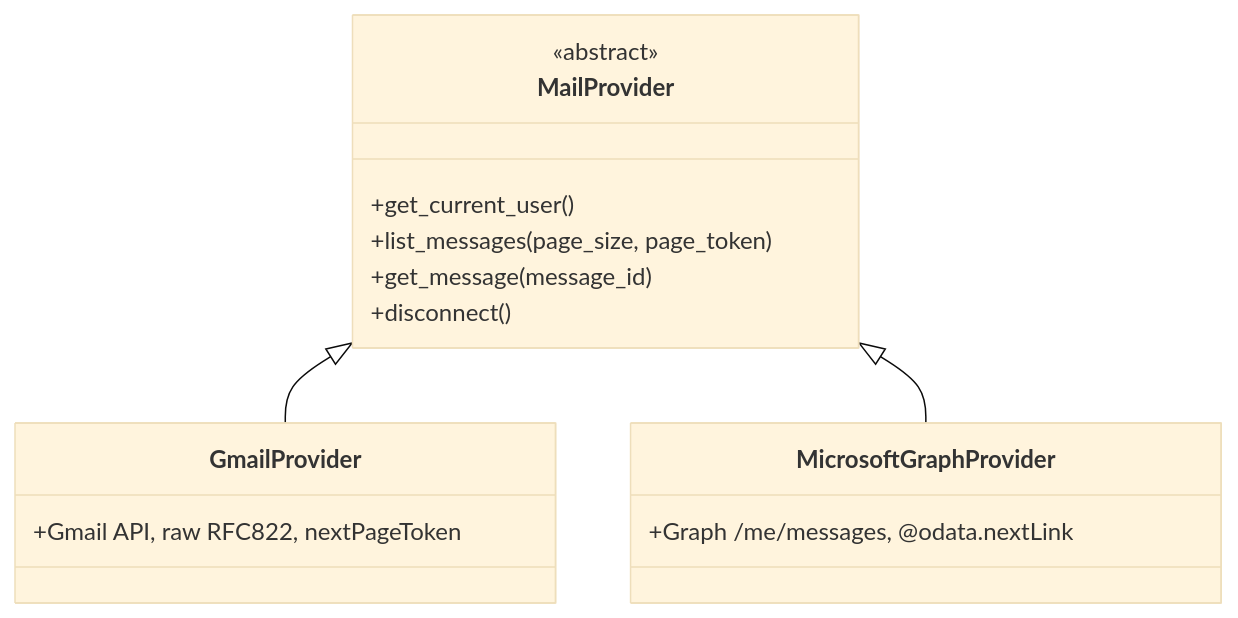
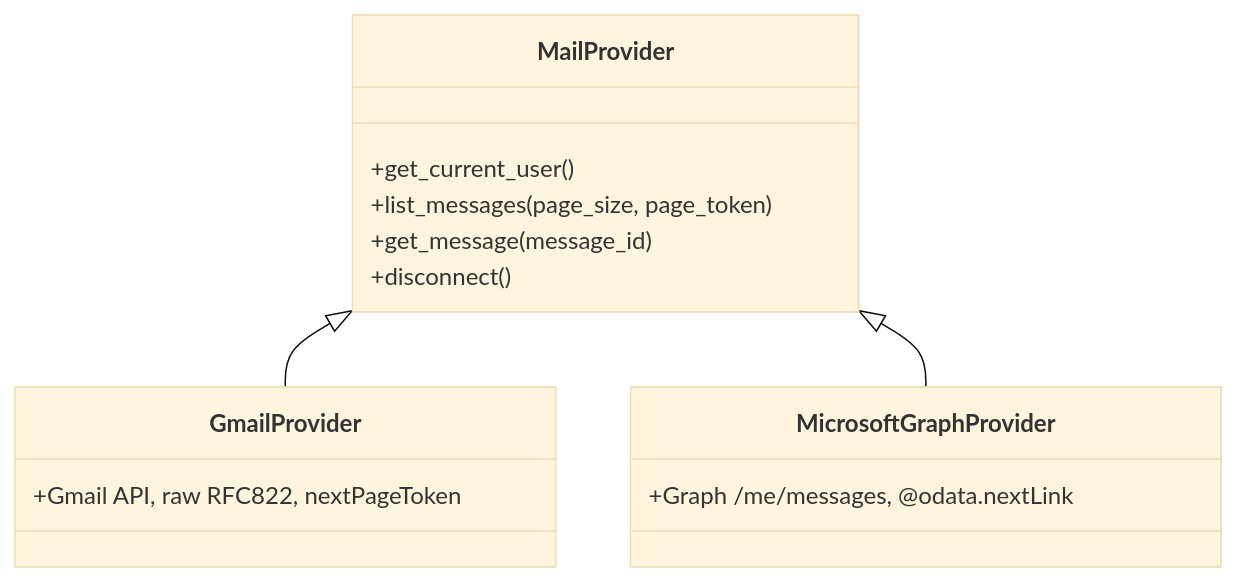
One commit to kushag4a/Email_Threat_Detection_M changed the third of 7 diagrams in ARCHITECTURE_DETAILED.md. Above: the diagram before and after it, drawn with Mermaid (base theme).

Commit message:
Fix formatting of abstract class in architecture diagram

````diff
--- a/ARCHITECTURE_DETAILED.md
+++ b/ARCHITECTURE_DETAILED.md
@@ -409,18 +409,18 @@
 ```mermaid
 classDiagram
     class MailProvider {
-        <<abstract>>
+        <abstract>
         +get_current_user()
         +list_messages(page_size, page_token)
         +get_message(message_id)
         +disconnect()
     }
     class GmailProvider {
         +Gmail API, raw RFC822, nextPageToken
     }
     class MicrosoftGraphProvider {
         +Graph /me/messages, @odata.nextLink
     }
     MailProvider <|-- GmailProvider
     MailProvider <|-- MicrosoftGraphProvider
 ```
````
